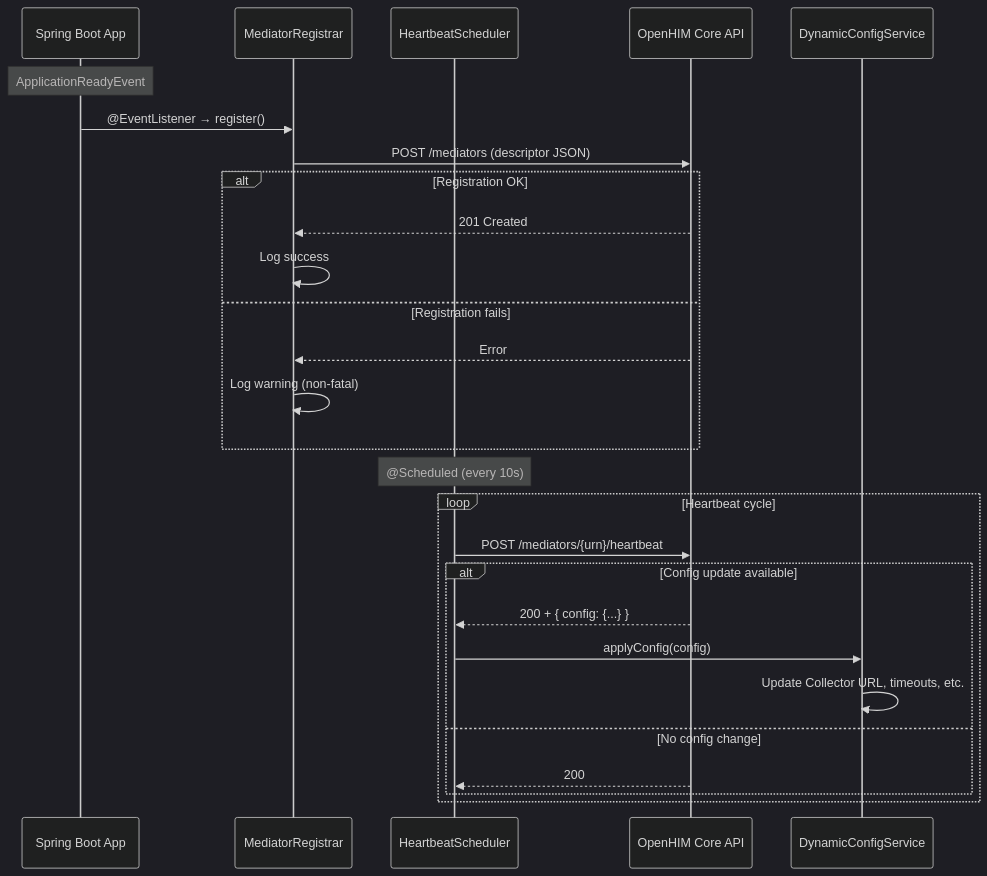
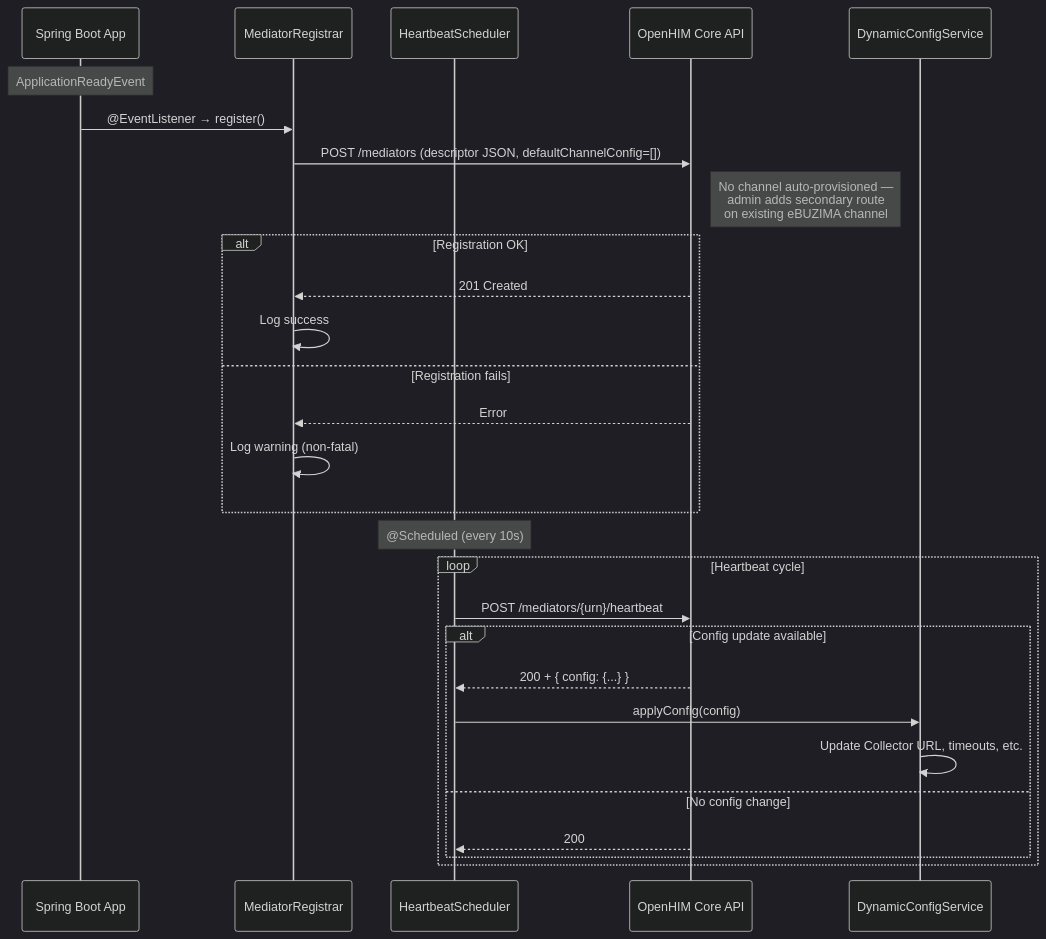
Before and after one commit to Jayaprakash8887/openhim-cce-emitter-adaptor: the sixth of 9 diagrams in docs/flow-diagrams.md, drawn with Mermaid (dark theme). The commit also changed other lines of this file and 5 other files, not shown here.

````diff
--- a/docs/flow-diagrams.md
+++ b/docs/flow-diagrams.md
@@ -185,34 +185,35 @@
 ```mermaid
 sequenceDiagram
     participant App as Spring Boot App
     participant Reg as MediatorRegistrar
     participant HB as HeartbeatScheduler
     participant Core as OpenHIM Core API
     participant DC as DynamicConfigService
 
     Note over App: ApplicationReadyEvent
 
     App->>Reg: @EventListener → register()
-    Reg->>Core: POST /mediators (descriptor JSON)
+    Reg->>Core: POST /mediators (descriptor JSON, defaultChannelConfig=[])
+    Note right of Core: No channel auto-provisioned —<br/>admin adds secondary route<br/>on existing eBUZIMA channel
 
     alt Registration OK
         Core-->>Reg: 201 Created
         Reg->>Reg: Log success
     else Registration fails
         Core-->>Reg: Error
         Reg->>Reg: Log warning (non-fatal)
     end
 
     Note over HB: @Scheduled (every 10s)
 
     loop Heartbeat cycle
         HB->>Core: POST /mediators/{urn}/heartbeat
         alt Config update available
             Core-->>HB: 200 + { config: {...} }
             HB->>DC: applyConfig(config)
             DC->>DC: Update Collector URL, timeouts, etc.
         else No config change
             Core-->>HB: 200
         end
     end
 ```
````
